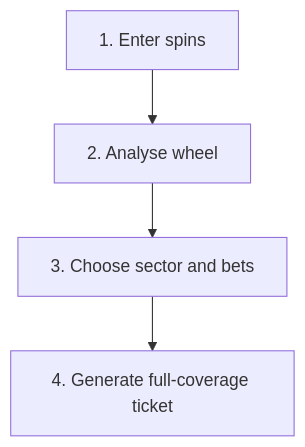
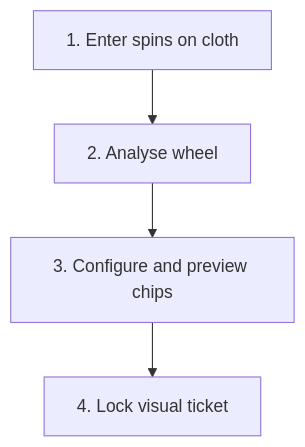
Before and after one commit to marcmonferrer/roulette-jarvis: the diagram in docs/ARCHITECTURE.md, drawn with Mermaid. The commit also changed other lines of this file, not shown here.

Commit message:
Add betting-cloth geometry architecture

````diff
--- a/docs/ARCHITECTURE.md
+++ b/docs/ARCHITECTURE.md
@@ -5,6 +5,6 @@
 ```mermaid
 flowchart TD
-    A["1. Enter spins"] --> B["2. Analyse wheel"]
-    B --> C["3. Choose sector and bets"]
-    C --> D["4. Generate full-coverage ticket"]
+    A["1. Enter spins on cloth"] --> B["2. Analyse wheel"]
+    B --> C["3. Configure and preview chips"]
+    C --> D["4. Lock visual ticket"]
 ```
````
